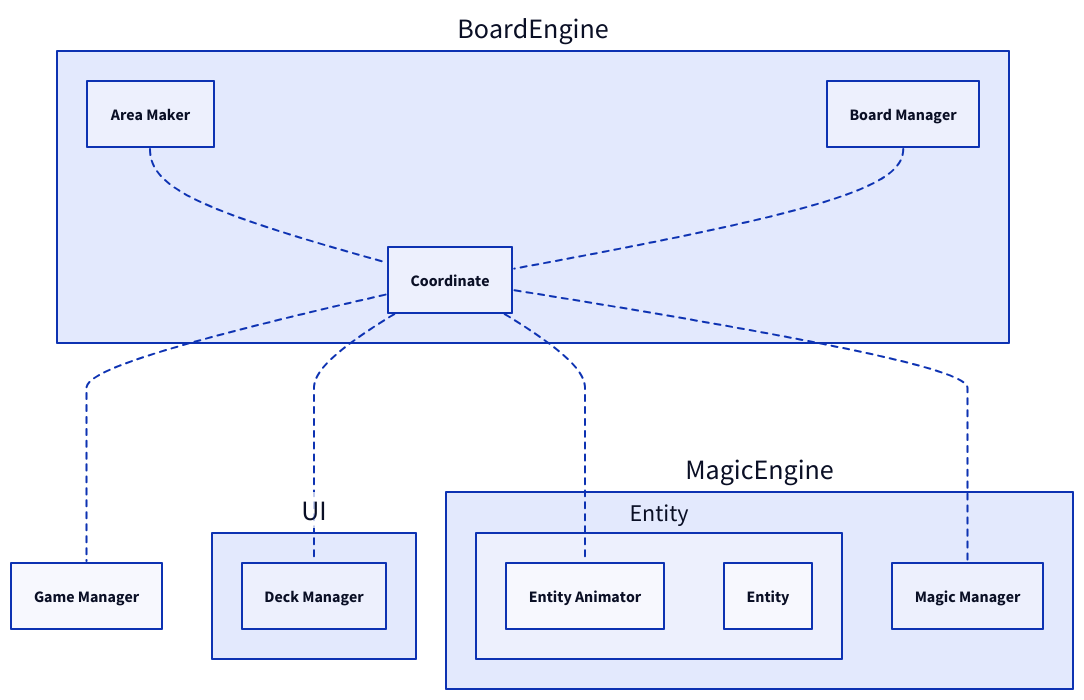
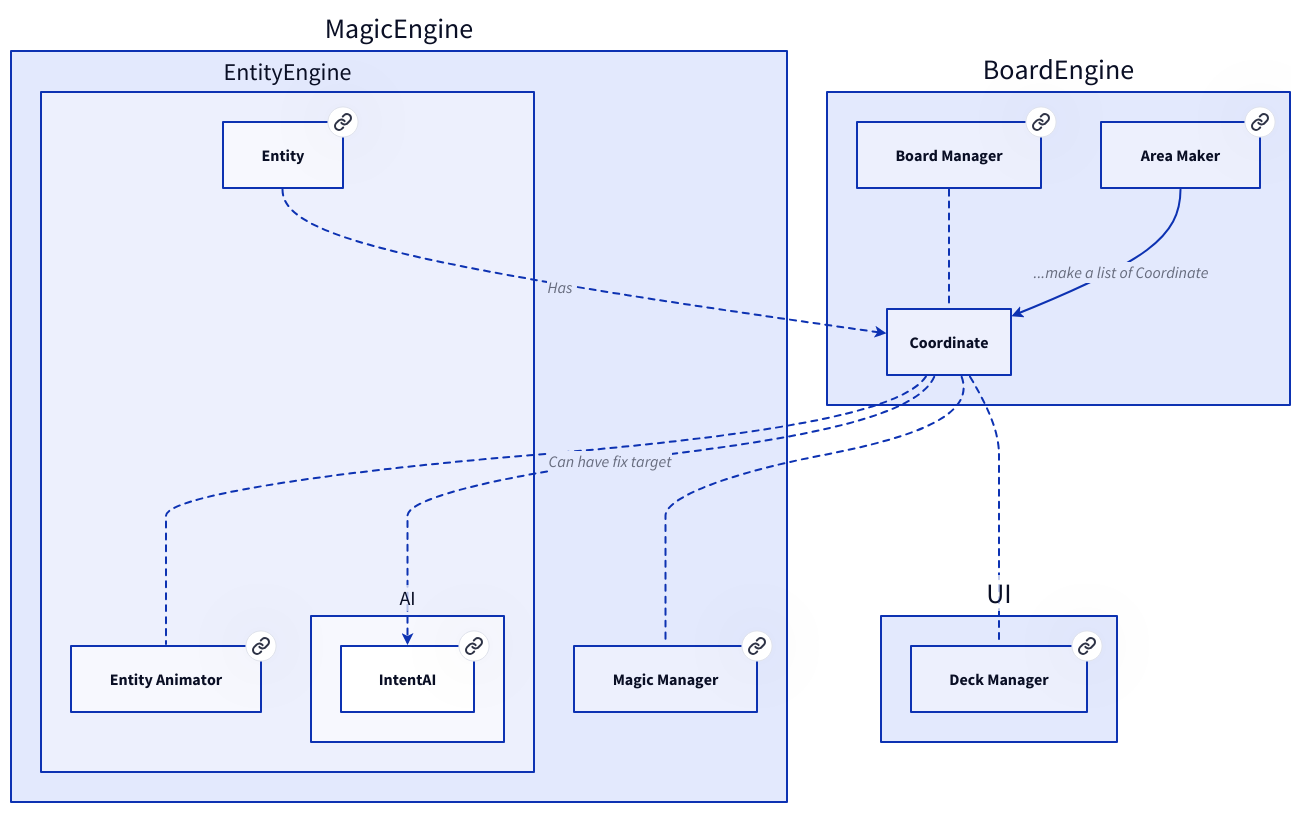
Before and after one commit to Portevent/Brume-Documentation: the diagram in doc/doc_img/Coordinate.d2, drawn with D2. The commit also changed 88 other files, not shown here.

```diff
--- a/doc/doc_img/Coordinate.d2
+++ b/doc/doc_img/Coordinate.d2
@@ -1,24 +1,50 @@
 # Nodes :
 BoardEngine: {
-    AreaMaker: Area Maker
-    BoardManager: Board Manager
+    AreaMaker: Area Maker {
+       link: AreaMaker
+    }
+    BoardManager: Board Manager {
+       link: BoardManager
+    }
 }
-GameManager: Game Manager
 UI: {
-    DeckManager: Deck Manager
+    DeckManager: Deck Manager {
+       link: DeckManager
+    }
 }
 MagicEngine: {
-    Entity: {
-        EntityAnimator: Entity Animator
-        Entity: Entity
+    EntityEngine: {
+        EntityAnimator: Entity Animator {
+           link: EntityAnimator
+        }
+        AI: {
+            IntentAI: IntentAI {
+               link: IntentAI
+            }
+        }
+        Entity: Entity {
+           link: Entity
+        }
     }
-    MagicManager: Magic Manager
+    MagicManager: Magic Manager {
+       link: MagicManager
+    }
 }
 
 # Links :
-BoardEngine.AreaMaker -- BoardEngine.Coordinate: {style.stroke-dash: 3}
-BoardEngine.Coordinate -- GameManager: {style.stroke-dash: 3}
 BoardEngine.Coordinate -- UI.DeckManager: {style.stroke-dash: 3}
-BoardEngine.Coordinate -- MagicEngine.Entity.EntityAnimator: {style.stroke-dash: 3}
+BoardEngine.Coordinate -- MagicEngine.EntityEngine.EntityAnimator: {style.stroke-dash: 3}
 BoardEngine.Coordinate -- MagicEngine.MagicManager: {style.stroke-dash: 3}
 BoardEngine.BoardManager -- BoardEngine.Coordinate: {style.stroke-dash: 3}
+BoardEngine.AreaMaker -> BoardEngine.Coordinate: ...make a list of Coordinate {
+source-arrowhead: {}
+target-arrowhead: {shape: arrow}
+}
+BoardEngine.Coordinate -> MagicEngine.EntityEngine.AI.IntentAI: Can have fix target {style.stroke-dash: 3
+source-arrowhead: {}
+target-arrowhead: {shape: arrow}
+}
+MagicEngine.EntityEngine.Entity -> BoardEngine.Coordinate: Has {style.stroke-dash: 3
+source-arrowhead: {}
+target-arrowhead: {shape: arrow}
+}
```
